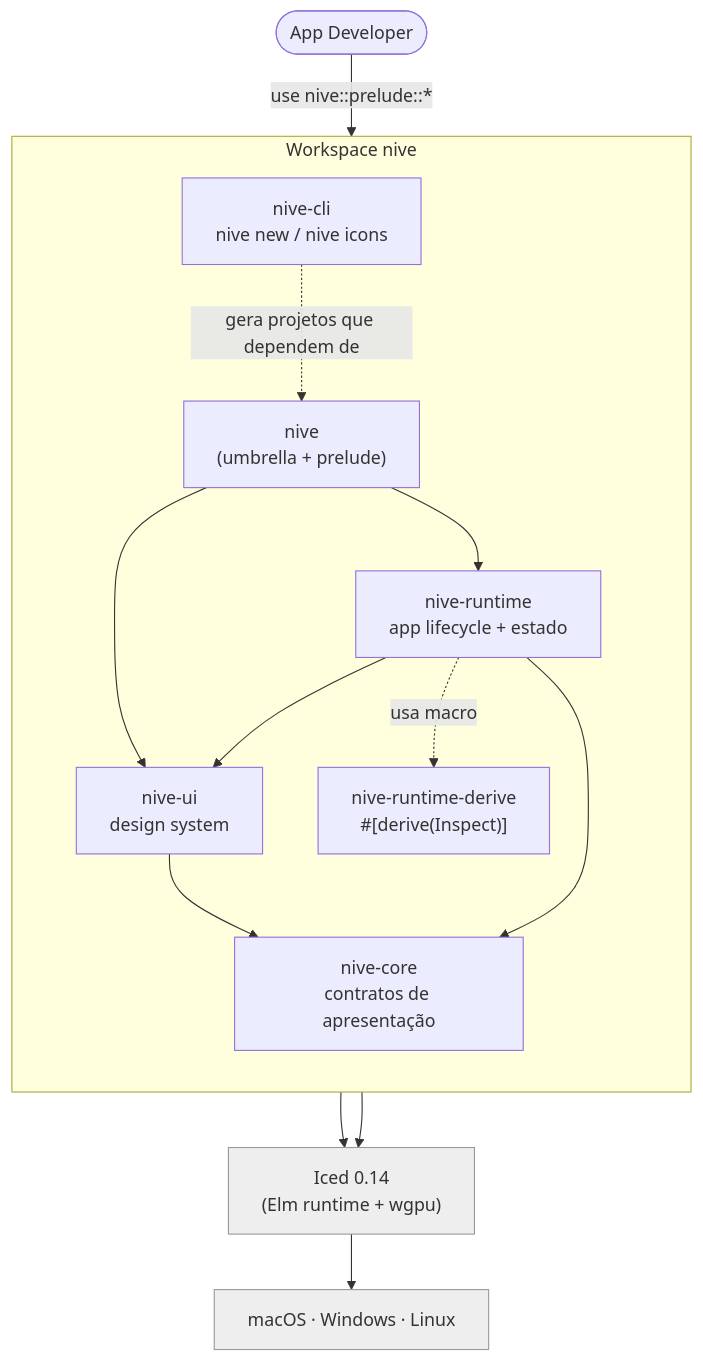
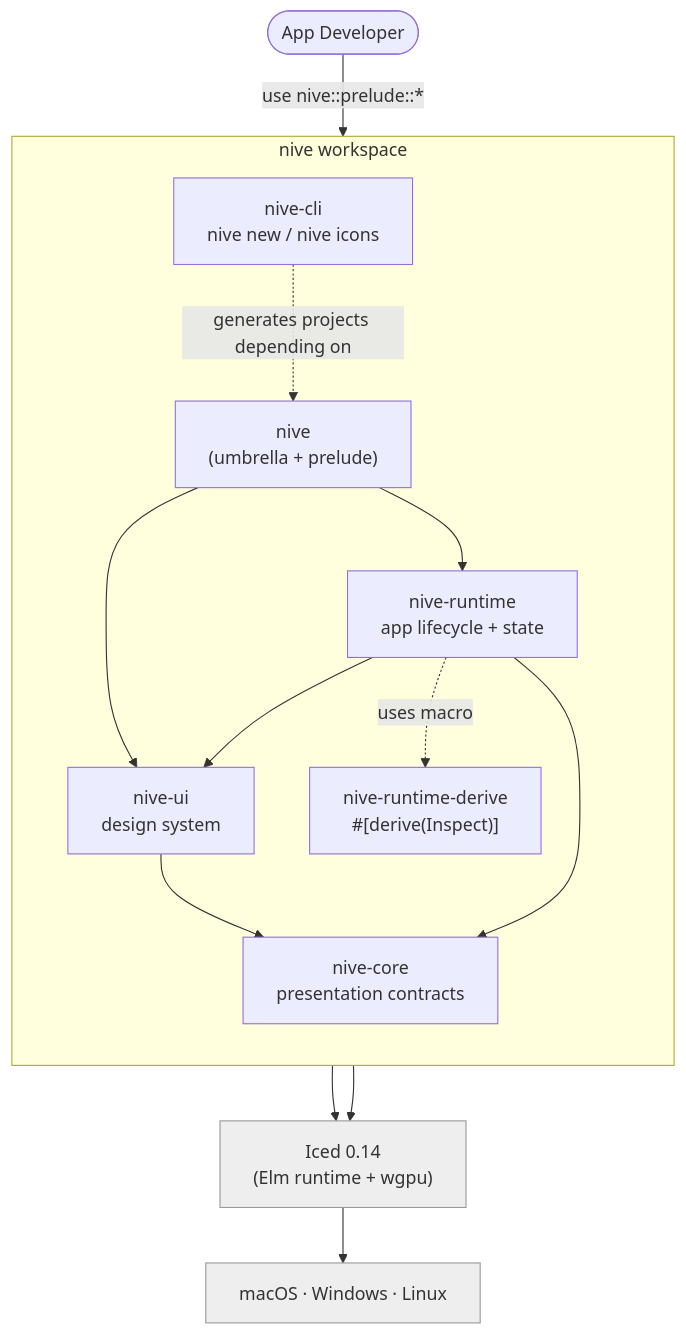
Before and after one commit to JirlanSouza/nive: the diagram in docs/architecture/README.md, drawn with Mermaid. The commit also changed other lines of this file and 15 other files, not shown here.

````diff
--- a/docs/architecture/README.md
+++ b/docs/architecture/README.md
@@ -29,29 +31,29 @@
 ```mermaid
 flowchart TD
     dev([App Developer]) -->|use nive::prelude::*| nive
 
-    subgraph nive["Workspace nive"]
+    subgraph nive["nive workspace"]
         direction TB
         umbrella["nive<br/>(umbrella + prelude)"]
         ui["nive-ui<br/>design system"]
-        rt["nive-runtime<br/>app lifecycle + estado"]
-        core["nive-core<br/>contratos de apresentação"]
+        rt["nive-runtime<br/>app lifecycle + state"]
+        core["nive-core<br/>presentation contracts"]
         derive["nive-runtime-derive<br/>#[derive(Inspect)]"]
         cli["nive-cli<br/>nive new / nive icons"]
 
         umbrella --> ui
         umbrella --> rt
         rt --> ui
         ui --> core
         rt --> core
-        rt -. usa macro .-> derive
+        rt -. uses macro .-> derive
     end
 
     ui --> iced["Iced 0.14<br/>(Elm runtime + wgpu)"]
     rt --> iced
     iced --> os["macOS · Windows · Linux"]
-    cli -.->|gera projetos que dependem de| umbrella
+    cli -.->|generates projects depending on| umbrella
 
     classDef ext fill:#eee,stroke:#999,color:#333;
     class iced,os ext;
 ```
````
